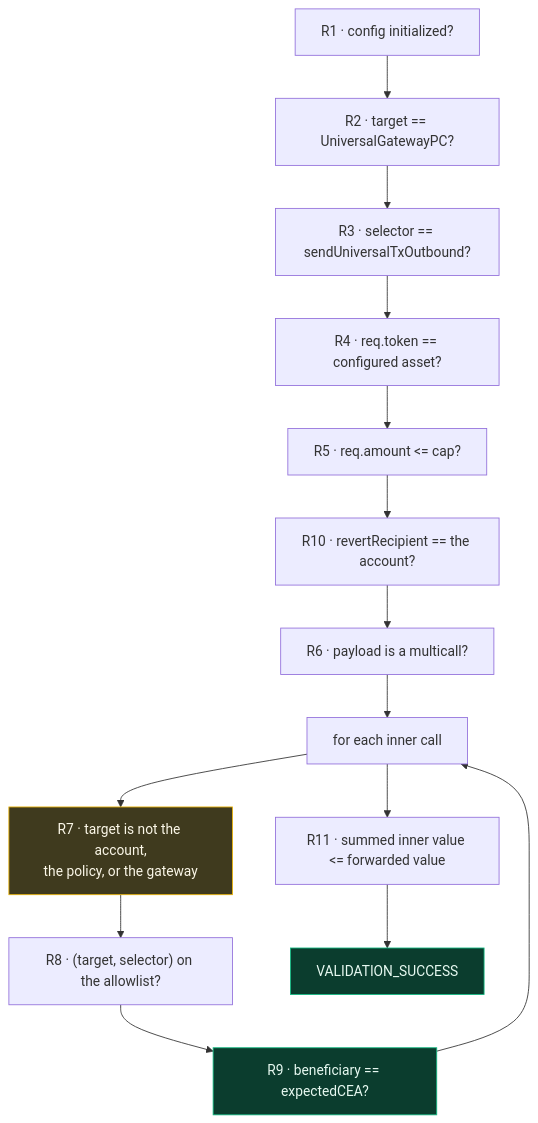
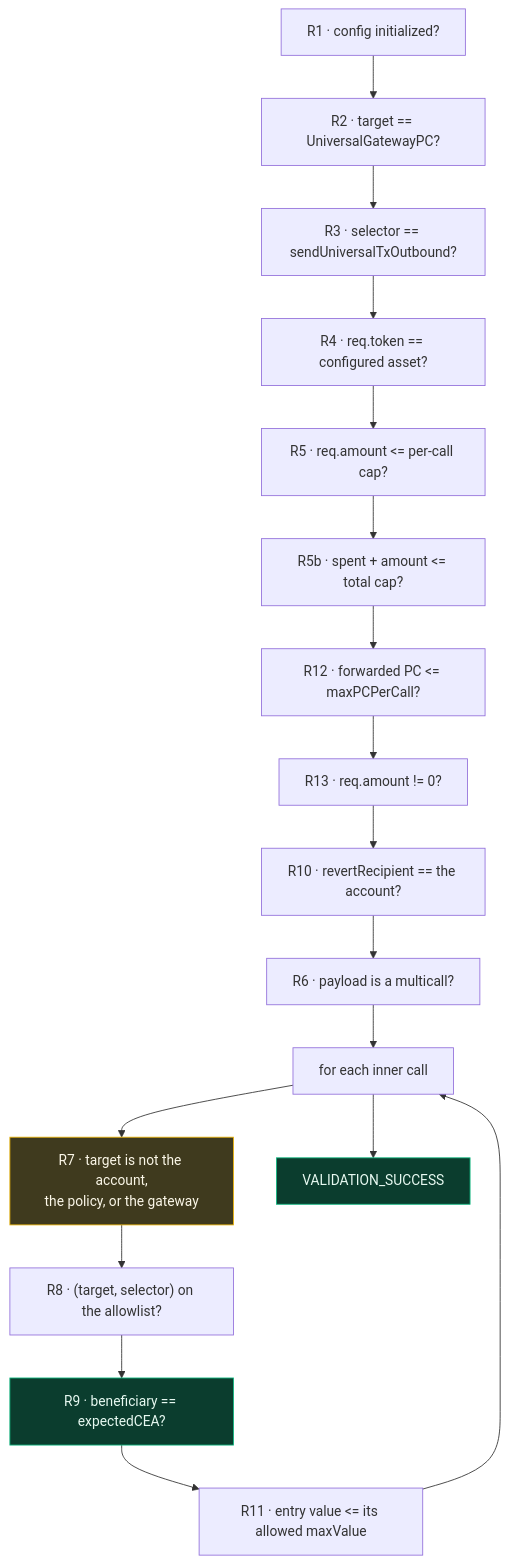
One commit to HusseinAdeiza/push-agentic-wallets changed the third of 10 diagrams in docs/modules.md. Above: the diagram before and after it, drawn with Mermaid. The commit also changed other lines of this file and 24 other files, not shown here.

````diff
--- a/docs/modules.md
+++ b/docs/modules.md
@@ -104,21 +120,24 @@
 ```mermaid
 flowchart TD
     R1["R1 · config initialized?"] --> R2["R2 · target == UniversalGatewayPC?"]
     R2 --> R3["R3 · selector == sendUniversalTxOutbound?"]
     R3 --> R4["R4 · req.token == configured asset?"]
-    R4 --> R5["R5 · req.amount <= cap?"]
-    R5 --> R10["R10 · revertRecipient == the account?"]
+    R4 --> R5["R5 · req.amount <= per-call cap?"]
+    R5 --> R5B["R5b · spent + amount <= total cap?"]
+    R5B --> R12["R12 · forwarded PC <= maxPCPerCall?"]
+    R12 --> R13["R13 · req.amount != 0?"]
+    R13 --> R10["R10 · revertRecipient == the account?"]
     R10 --> R6["R6 · payload is a multicall?"]
 
     R6 --> LOOP["for each inner call"]
     LOOP --> R7["R7 · target is not the account,<br/>the policy, or the gateway"]
     R7 --> R8["R8 · (target, selector) on the allowlist?"]
     R8 --> R9["R9 · beneficiary == expectedCEA?"]
-    R9 --> LOOP
-    LOOP --> R11["R11 · summed inner value <= forwarded value"]
-    R11 --> OK["VALIDATION_SUCCESS"]
+    R9 --> R11["R11 · entry value <= its allowed maxValue"]
+    R11 --> LOOP
+    LOOP --> OK["VALIDATION_SUCCESS"]
 
     style OK fill:#0b3d2e,stroke:#10b981,color:#e7f9f1
     style R9 fill:#0b3d2e,stroke:#10b981,color:#e7f9f1
     style R7 fill:#3f3a1e,stroke:#eab308,color:#fbf7e8
 ```
````
